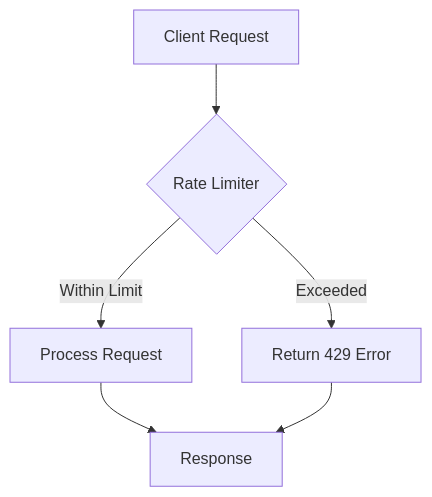
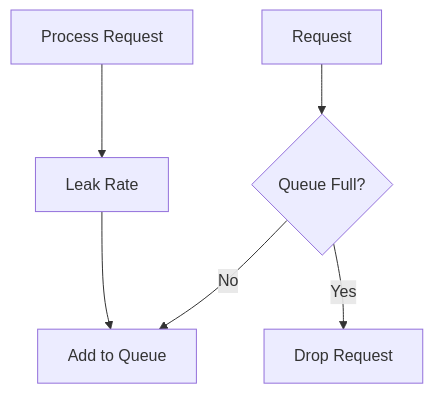
The second of 4 diagrams in rate-limiting/README.md (VrushankPatel/interview-matters), drawn with Mermaid before and after one commit. The commit also changed other lines of this file and 6 other files, not shown here.

````diff
--- a/rate-limiting/README.md
+++ b/rate-limiting/README.md
@@ -28,8 +32,8 @@
 ```mermaid
-graph TD;
-    A[Client Request] --> B{Rate Limiter};
-    B -->|Within Limit| C[Process Request];
-    B -->|Exceeded| D[Return 429 Error];
-    C --> E[Response];
-    D --> E;
+graph TD
+    A[Request] --> B{Queue Full?}
+    B -->|No| C[Add to Queue]
+    B -->|Yes| D[Drop Request]
+    E[Process Request] --> F[Leak Rate]
+    F --> C
 ```
````
